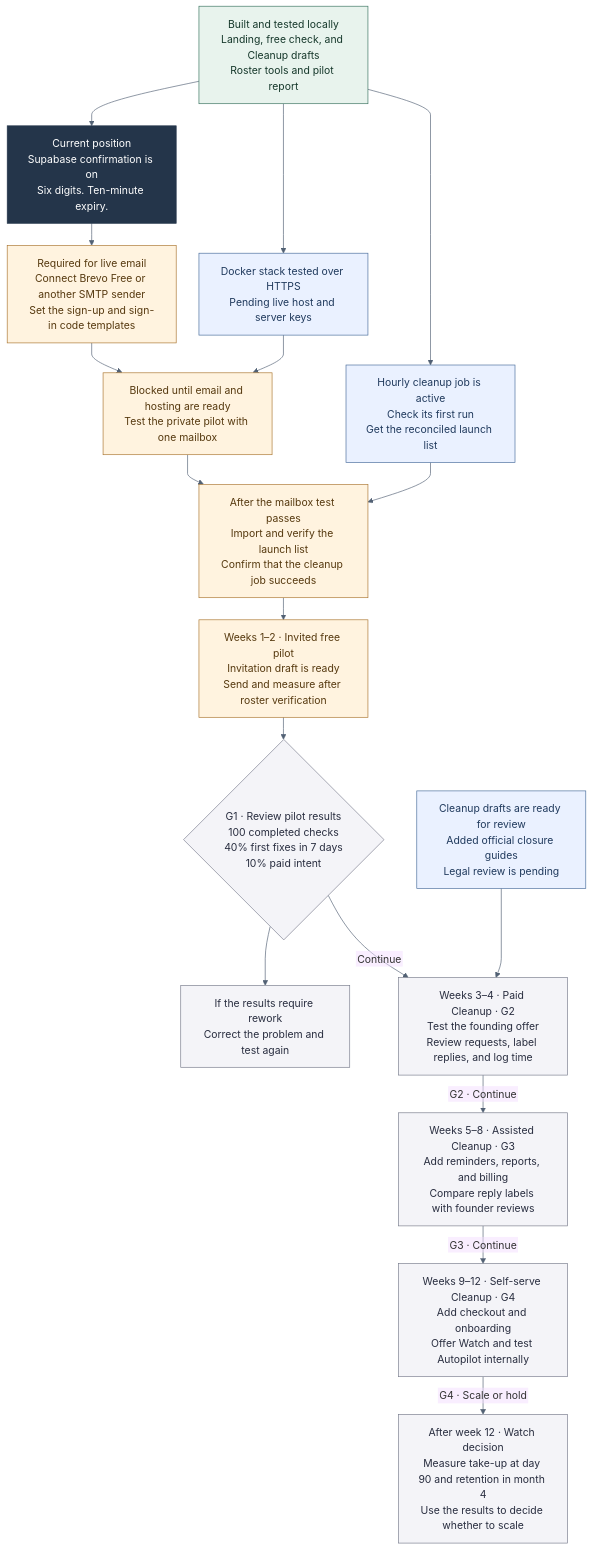
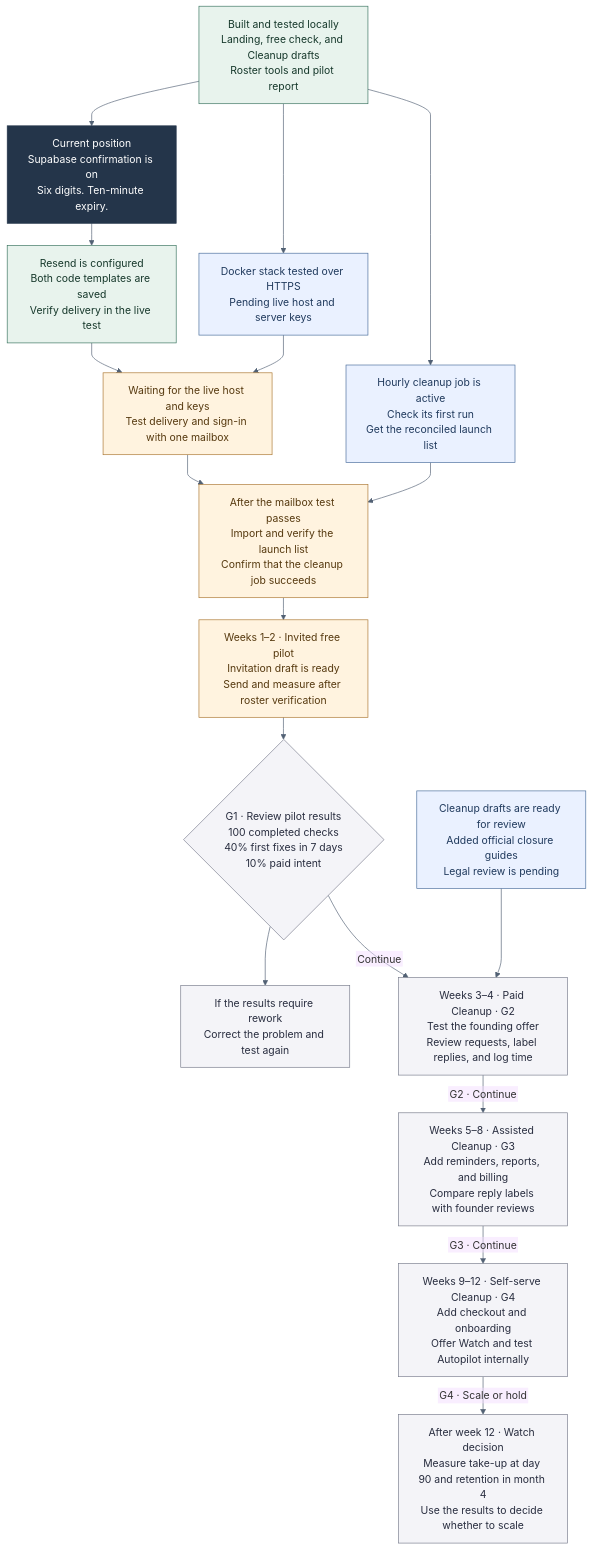
Before and after one commit to AdrianKondrat/privacy_agent: the diagram in MVP/diagrams/mvp-development.mmd, drawn with Mermaid. The commit also changed 5 other files, not shown here.

Commit message:
Record Resend and verified Supabase code templates

```diff
--- a/MVP/diagrams/mvp-development.mmd
+++ b/MVP/diagrams/mvp-development.mmd
@@ -1,44 +1,44 @@
 %%{init: {"theme": "base", "flowchart": {"htmlLabels": false, "nodeSpacing": 35, "rankSpacing": 34, "curve": "monotoneY"}, "themeVariables": {"fontFamily": "Arial", "fontSize": "16px", "lineColor": "#526174"}}}%%
 graph TD
   Ready["Built and tested locally<br/>Landing, free check, and Cleanup drafts<br/>Roster tools and pilot report"]
   Auth["Current position<br/>Supabase confirmation is on<br/>Six digits. Ten-minute expiry."]
-  Email["Required for live email<br/>Connect Brevo Free or another SMTP sender<br/>Set the sign-up and sign-in code templates"]
+  Email["Resend is configured<br/>Both code templates are saved<br/>Verify delivery in the live test"]
   Host["Docker stack tested over HTTPS<br/>Pending live host and server keys"]
   RosterPrep["Hourly cleanup job is active<br/>Check its first run<br/>Get the reconciled launch list"]
-  Live["Blocked until email and hosting are ready<br/>Test the private pilot with one mailbox"]
+  Live["Waiting for the live host and keys<br/>Test delivery and sign-in with one mailbox"]
   Import["After the mailbox test passes<br/>Import and verify the launch list<br/>Confirm that the cleanup job succeeds"]
   Pilot["Weeks 1–2 · Invited free pilot<br/>Invitation draft is ready<br/>Send and measure after roster verification"]
   G1{"G1 · Review pilot results<br/>100 completed checks<br/>40% first fixes in 7 days<br/>10% paid intent"}
   Rework["If the results require rework<br/>Correct the problem and test again"]
   Prep["Cleanup drafts are ready for review<br/>Added official closure guides<br/>Legal review is pending"]
   Paid["Weeks 3–4 · Paid Cleanup · G2<br/>Test the founding offer<br/>Review requests, label replies, and log time"]
   Assisted["Weeks 5–8 · Assisted Cleanup · G3<br/>Add reminders, reports, and billing<br/>Compare reply labels with founder reviews"]
   SelfServe["Weeks 9–12 · Self-serve Cleanup · G4<br/>Add checkout and onboarding<br/>Offer Watch and test Autopilot internally"]
   Watch["After week 12 · Watch decision<br/>Measure take-up at day 90 and retention in month 4<br/>Use the results to decide whether to scale"]
 
   Ready --> Auth
   Ready --> Host
   Ready --> RosterPrep
   Auth --> Email
   Email --> Live
   Host --> Live
   Live --> Import
   RosterPrep --> Import
   Import --> Pilot --> G1
   G1 --> Rework
   G1 -->|Continue| Paid
   Prep --> Paid
   Paid -->|G2 · Continue| Assisted
   Assisted -->|G3 · Continue| SelfServe
   SelfServe -->|G4 · Scale or hold| Watch
 
   classDef ready fill:#e8f3ed,stroke:#36715c,color:#16382b;
   classDef current fill:#24354a,stroke:#24354a,color:#fff;
   classDef independent fill:#eaf1ff,stroke:#476b9a,color:#203a5d;
   classDef waiting fill:#fff3df,stroke:#a9742e,color:#56390f;
   classDef planned fill:#f4f4f8,stroke:#777b8b,color:#282d3f;
-  class Ready ready;
+  class Ready,Email ready;
   class Auth current;
   class Host,RosterPrep,Prep independent;
-  class Email,Live,Import,Pilot waiting;
+  class Live,Import,Pilot waiting;
   class G1,Rework,Paid,Assisted,SelfServe,Watch planned;
```
